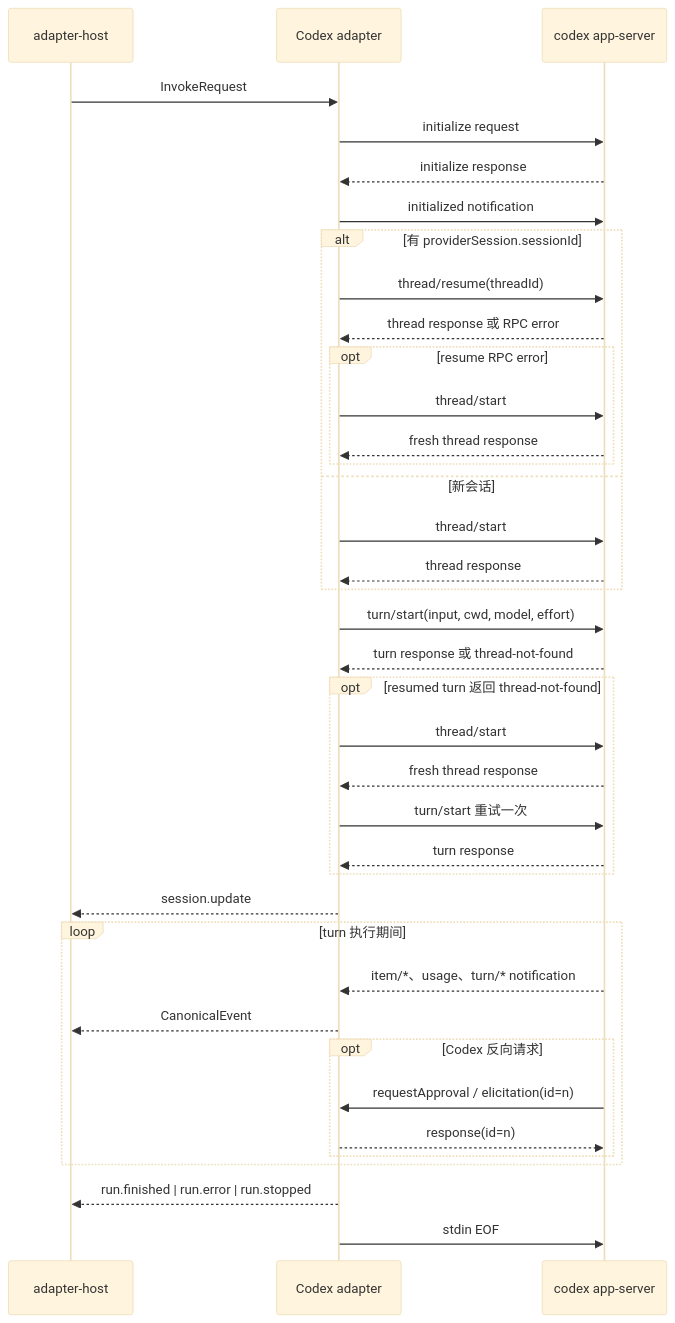
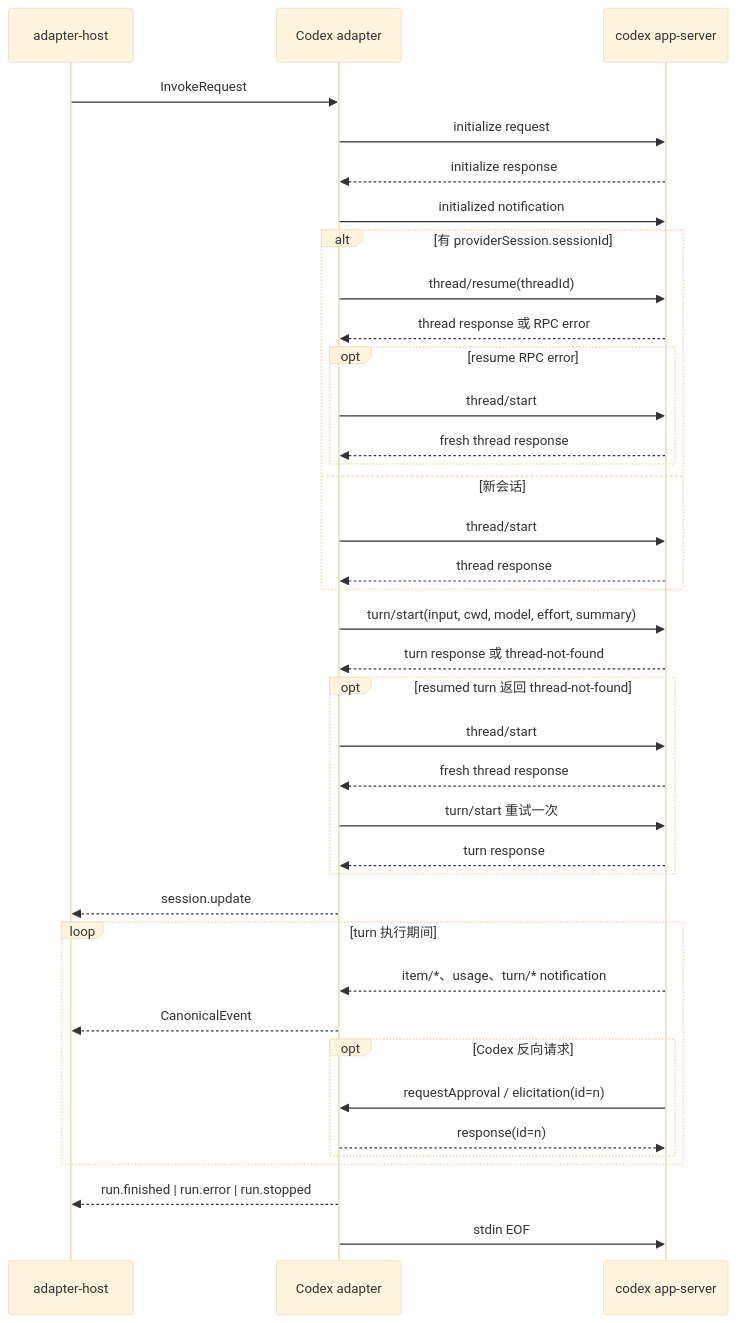
The second of 2 diagrams in packages/orbtex-adapter-codex/README.md (LarsonLian/octo-runtime), drawn with Mermaid (base theme) before and after one commit. The commit also changed other lines of this file and 34 other files, not shown here.

````diff
--- a/packages/orbtex-adapter-codex/README.md
+++ b/packages/orbtex-adapter-codex/README.md
@@ -90,45 +90,45 @@
 ```mermaid
 sequenceDiagram
     participant H as adapter-host
     participant A as Codex adapter
     participant C as codex app-server
 
     H->>A: InvokeRequest
     A->>C: initialize request
     C-->>A: initialize response
     A->>C: initialized notification
 
     alt 有 providerSession.sessionId
         A->>C: thread/resume(threadId)
         C-->>A: thread response 或 RPC error
         opt resume RPC error
             A->>C: thread/start
             C-->>A: fresh thread response
         end
     else 新会话
         A->>C: thread/start
         C-->>A: thread response
     end
 
-    A->>C: turn/start(input, cwd, model, effort)
+    A->>C: turn/start(input, cwd, model, effort, summary)
     C-->>A: turn response 或 thread-not-found
     opt resumed turn 返回 thread-not-found
         A->>C: thread/start
         C-->>A: fresh thread response
         A->>C: turn/start 重试一次
         C-->>A: turn response
     end
     A-->>H: session.update
 
     loop turn 执行期间
         C-->>A: item/*、usage、turn/* notification
         A-->>H: CanonicalEvent
         opt Codex 反向请求
             C->>A: requestApproval / elicitation(id=n)
             A-->>C: response(id=n)
         end
     end
 
     A-->>H: run.finished | run.error | run.stopped
     A->>C: stdin EOF
 ```
````
